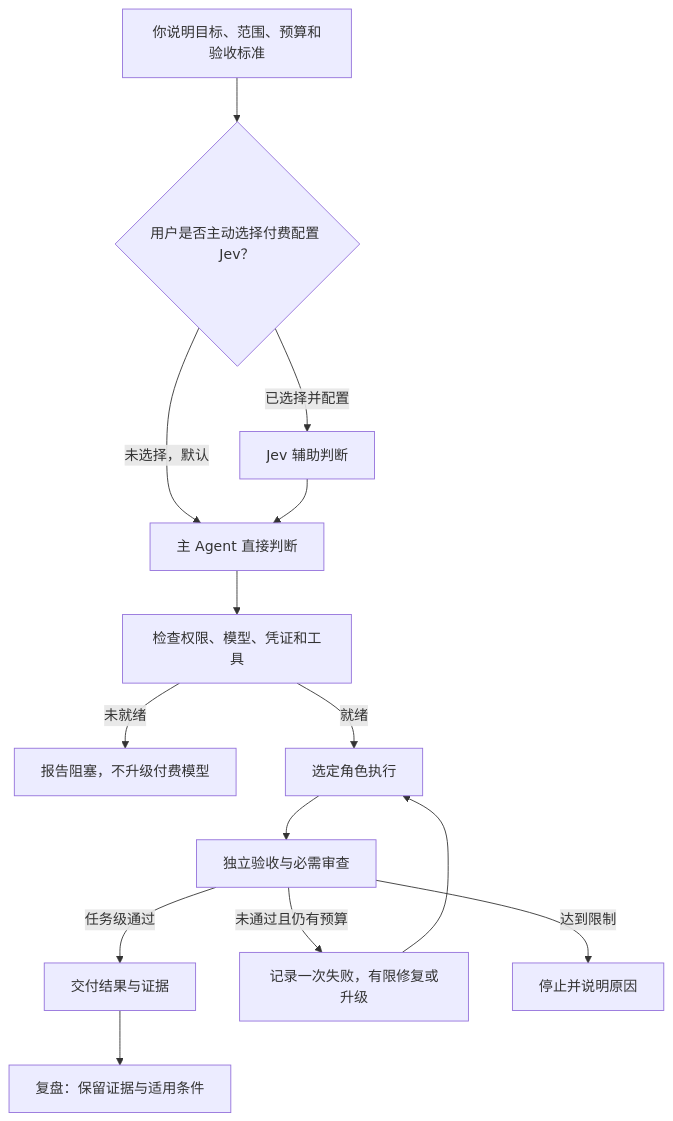
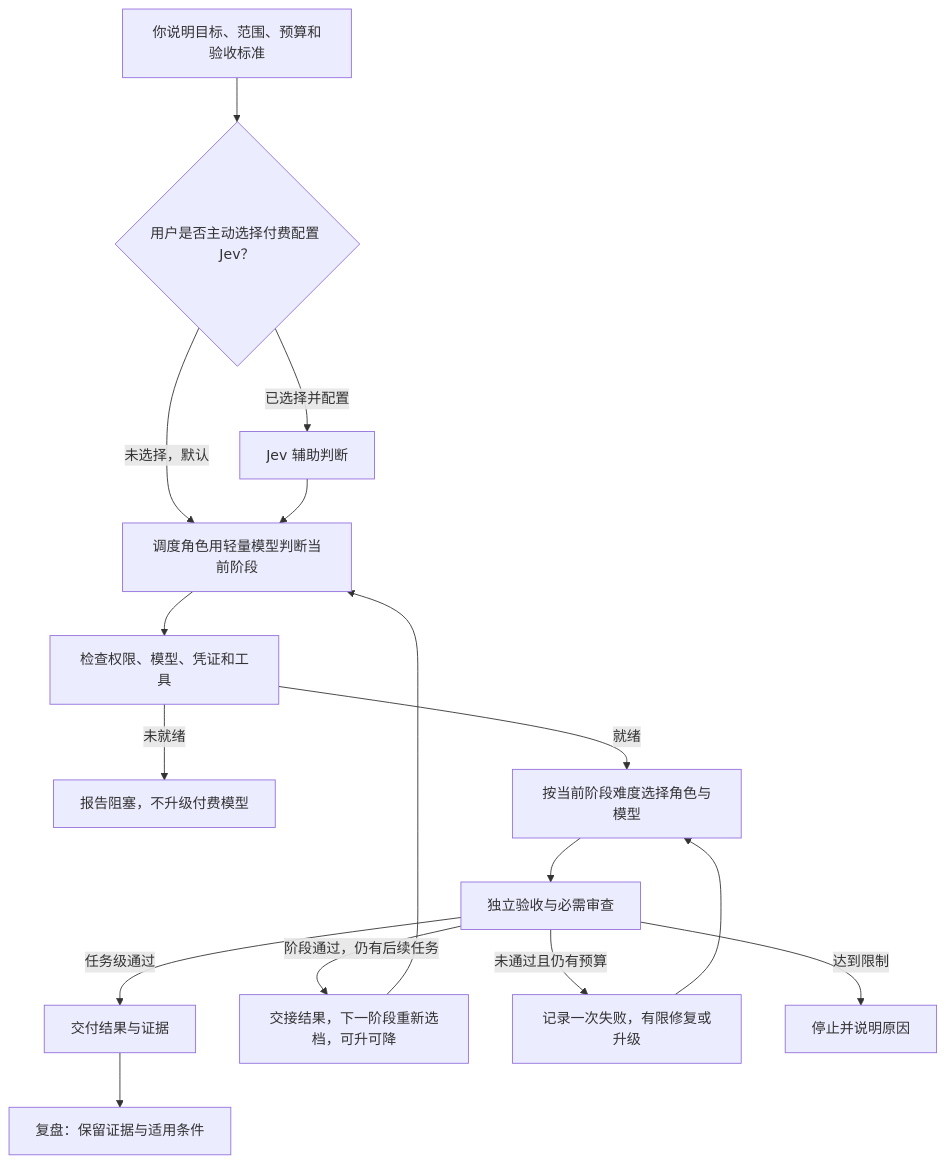
The first of 2 diagrams in README.md (greyano12syp-a11y/ai-workflow-guide), drawn with Mermaid before and after one commit. The commit also changed other lines of this file, not shown here.

````diff
--- a/README.md
+++ b/README.md
@@ -56,16 +57,18 @@
 ```mermaid
 flowchart TD
     A[你说明目标、范围、预算和验收标准] --> B{用户是否主动选择付费配置 Jev？}
-    B -->|未选择，默认| C[主 Agent 直接判断]
+    B -->|未选择，默认| C[调度角色用轻量模型判断当前阶段]
     B -->|已选择并配置| D[Jev 辅助判断]
     D --> C
     C --> E[检查权限、模型、凭证和工具]
     E -->|未就绪| X[报告阻塞，不升级付费模型]
-    E -->|就绪| F[选定角色执行]
+    E -->|就绪| F[按当前阶段难度选择角色与模型]
     F --> G[独立验收与必需审查]
     G -->|任务级通过| H[交付结果与证据]
+    G -->|阶段通过，仍有后续任务| L[交接结果，下一阶段重新选档，可升可降]
+    L --> C
     G -->|未通过且仍有预算| I[记录一次失败，有限修复或升级]
     I --> F
     G -->|达到限制| J[停止并说明原因]
     H --> K[复盘：保留证据与适用条件]
 ```
````
